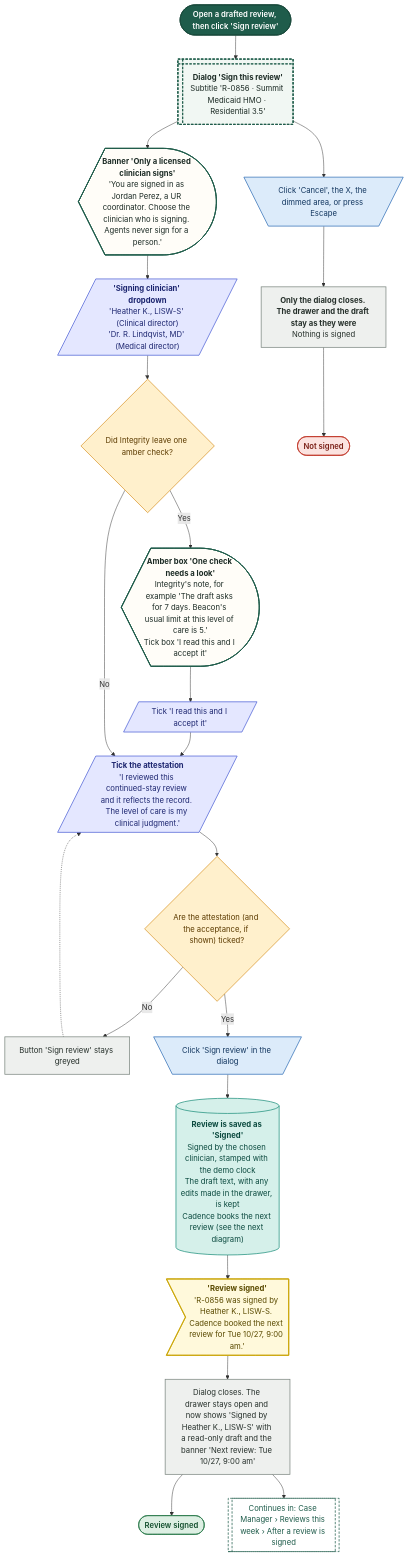
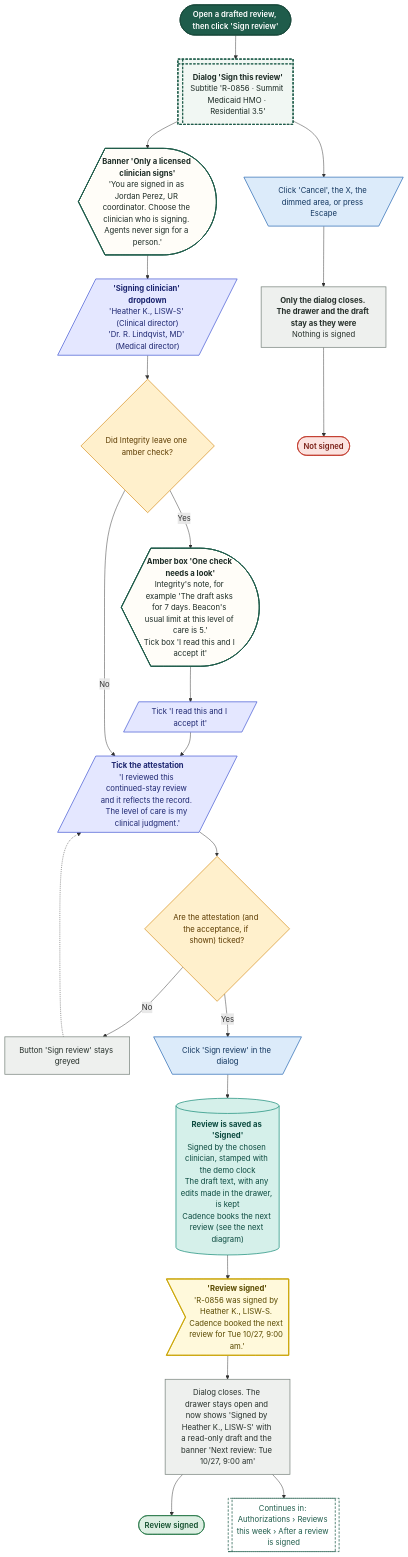
One commit to Shrav143/psyfloapp changed diagram 15 of 20 in demos/prior-auth-demo/workflows/out/md/07-case-manager.md. Above: the diagram before and after it, drawn with Mermaid. The commit also changed other lines of this file and 113 other files, not shown here.

First line of the commit message:
docs: workflow diagrams for the merged Authorizations (worklist, approved, reviews and tracked cases, sidebar arrow), every link retargeted, 336 diagrams

````diff
--- a/demos/prior-auth-demo/workflows/out/md/07-case-manager.md
+++ b/demos/prior-auth-demo/workflows/out/md/07-case-manager.md
@@ -1278,59 +1100,59 @@
 ```mermaid
 %%{init: {"theme":"base","themeVariables":{"fontFamily":"'DM Sans', 'Segoe UI', system-ui, sans-serif","fontSize":"15px","lineColor":"#5B6B63","primaryTextColor":"#1C2B25","clusterBkg":"#FBF8F3","clusterBorder":"#D9CDBB","edgeLabelBackground":"#FFFFFF"},"flowchart":{"curve":"basis","nodeSpacing":36,"rankSpacing":48,"padding":12,"htmlLabels":true,"useMaxWidth":false,"wrappingWidth":230}} }%%
 flowchart TD
   classDef k_start fill:#1F5C4B,stroke:#174638,color:#FFFFFF,stroke-width:1.5px,font-weight:600
   classDef k_end fill:#DDEFE3,stroke:#2E7D4F,color:#14502F,stroke-width:1.5px,font-weight:600
   classDef k_endx fill:#FBE3E0,stroke:#C0392B,color:#7A1F16,stroke-width:1.5px,font-weight:600
   classDef k_screen fill:#FFFDF8,stroke:#1F5C4B,color:#1C2B25,stroke-width:2px
   classDef k_overlay fill:#F1F7F3,stroke:#1F5C4B,color:#1C2B25,stroke-width:2px,stroke-dasharray:5 3
   classDef k_click fill:#DCEBFA,stroke:#2F6DB5,color:#12365F,stroke-width:1.5px
   classDef k_input fill:#E4E7FF,stroke:#4C5FD5,color:#1D2670,stroke-width:1.5px
   classDef k_process fill:#EEF0EE,stroke:#7A857F,color:#26302B,stroke-width:1.5px
   classDef k_agent fill:#EEE5FA,stroke:#7A4FC2,color:#341A63,stroke-width:1.5px
   classDef k_decision fill:#FFF0CC,stroke:#D9962B,color:#5C3B00,stroke-width:1.5px
   classDef k_store fill:#D5F0EA,stroke:#1C8E7B,color:#0B4A3F,stroke-width:1.5px
   classDef k_doc fill:#F6E9DC,stroke:#B07A4C,color:#4A2E14,stroke-width:1.5px
   classDef k_ext fill:#FFE6D2,stroke:#E07B39,color:#6B2F06,stroke-width:1.5px
   classDef k_wait fill:#E4E8EE,stroke:#6B7C93,color:#26303D,stroke-width:1.5px
   classDef k_toast fill:#FFF9DB,stroke:#C9A400,color:#5A4A00,stroke-width:1.5px
   classDef k_goto fill:#FFFFFF,stroke:#1F5C4B,color:#1F5C4B,stroke-width:1.5px,stroke-dasharray:5 3
   s1@{ shape: stadium, label: "Open a drafted review, then click 'Sign review'" }
   o1@{ shape: win-pane, label: "<b>Dialog 'Sign this review'</b><br/>Subtitle 'R-0856 · Summit Medicaid HMO · Residential 3.5'" }
-  b1@{ shape: curv-trap, label: "<b>Banner 'Only a licensed clinician signs'</b><br/>'You are signed in as Jordan Perez, a UR coordinator. Choose the clinician who is signing. Agents never sign for a person.'" }
+  b1@{ shape: curv-trap, label: "<b>Banner 'Only a licensed clinician signs'</b><br/>'You are signed in as Jordan Perez, UR coordinator. Choose the clinician who is signing. Agents never sign for a person.'" }
   i1@{ shape: lean-r, label: "<b>'Signing clinician' dropdown</b><br/>'Heather K., LISW-S' (Clinical director)<br/>'Dr. R. Lindqvist, MD' (Medical director)" }
   d1@{ shape: diam, label: "Did Integrity leave one amber check?" }
   w1@{ shape: curv-trap, label: "<b>Amber box 'One check needs a look'</b><br/>Integrity's note, for example 'The draft asks for 7 days. Beacon's usual limit at this level of care is 5.'<br/>Tick box 'I read this and I accept it'" }
   i2@{ shape: lean-r, label: "Tick 'I read this and I accept it'" }
   i3@{ shape: lean-r, label: "<b>Tick the attestation</b><br/>'I reviewed this continued-stay review and it reflects the record. The level of care is my clinical judgment.'" }
   d2@{ shape: diam, label: "Are the attestation (and the acceptance, if shown) ticked?" }
   x1@{ shape: rect, label: "Button 'Sign review' stays greyed" }
   c1@{ shape: trap-t, label: "Click 'Sign review' in the dialog" }
   st1@{ shape: cyl, label: "<b>Review is saved as 'Signed'</b><br/>Signed by the chosen clinician, stamped with the demo clock<br/>The draft text, with any edits made in the drawer, is kept<br/>Cadence books the next review (see the next diagram)" }
   t1@{ shape: odd, label: "<b>'Review signed'</b><br/>'R-0856 was signed by Heather K., LISW-S. Cadence booked the next review for Tue 10/27, 9:00 am.'" }
   p1@{ shape: rect, label: "Dialog closes. The drawer stays open and now shows 'Signed by Heather K., LISW-S' with a read-only draft and the banner 'Next review: Tue 10/27, 9:00 am'" }
-  g1@{ shape: subproc, label: "Continues in: Case Manager › Reviews this week › After a review is signed" }
+  g1@{ shape: subproc, label: "Continues in: Authorizations › Reviews this week › After a review is signed" }
   c2@{ shape: trap-t, label: "Click 'Cancel', the X, the dimmed area, or press Escape" }
   p2@{ shape: rect, label: "<b>Only the dialog closes. The drawer and the draft stay as they were</b><br/>Nothing is signed" }
   e1@{ shape: stadium, label: "Not signed" }
   e2@{ shape: stadium, label: "Review signed" }
   s1 --> o1 --> b1 --> i1 --> d1
   d1 -->|"Yes"| w1 --> i2 --> i3
   d1 -->|"No"| i3
   i3 --> d2
   d2 -->|"No"| x1 -.-> i3
   d2 -->|"Yes"| c1 --> st1 --> t1 --> p1 --> e2
   p1 --> g1
   o1 --> c2 --> p2 --> e1
   class s1 k_start
   class o1 k_overlay
   class b1,w1 k_screen
   class i1,i2,i3 k_input
   class d1,d2 k_decision
   class x1,p1,p2 k_process
   class c1,c2 k_click
   class st1 k_store
   class t1 k_toast
   class g1 k_goto
   class e1 k_endx
   class e2 k_end
 ```
````
